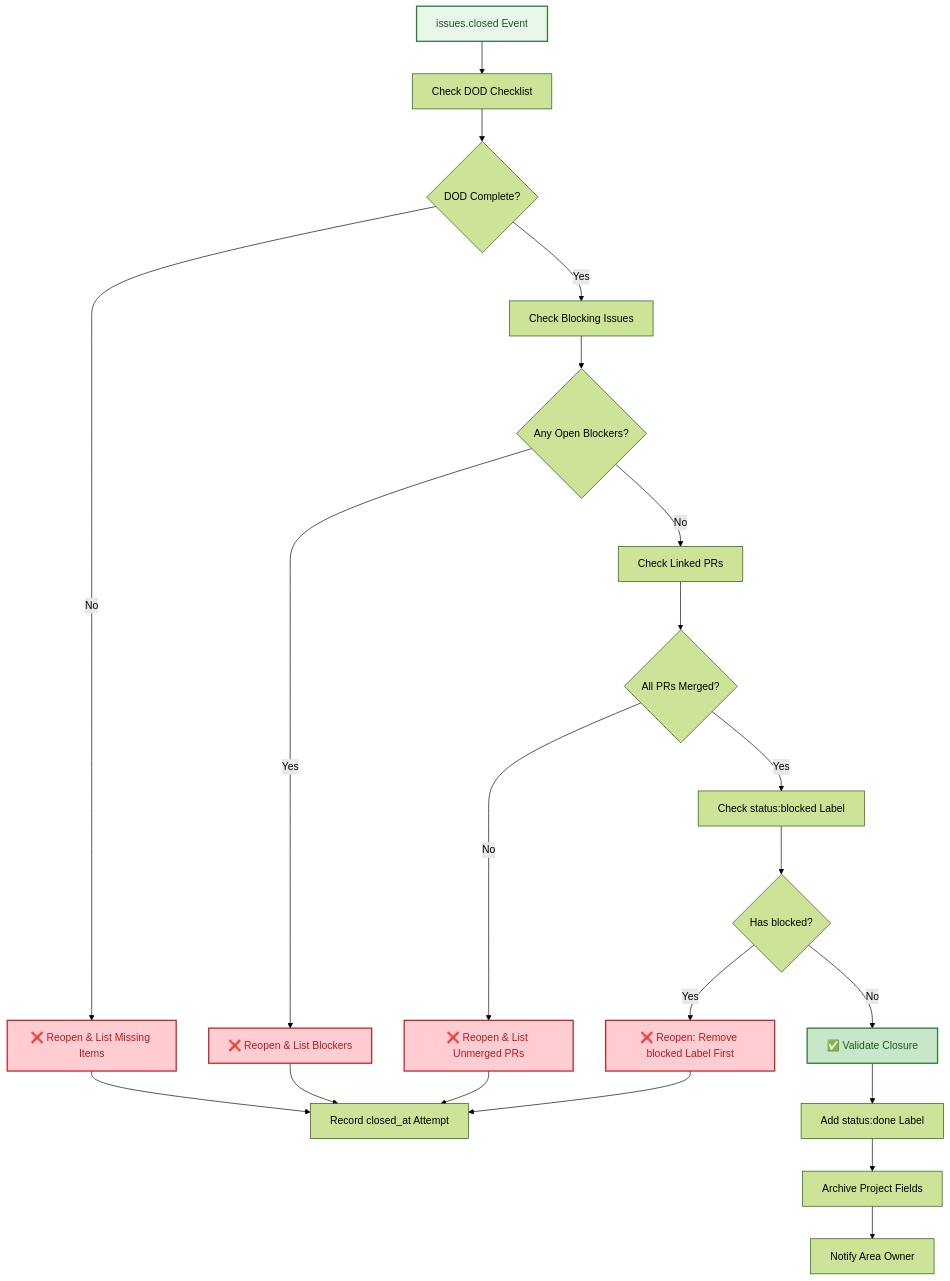
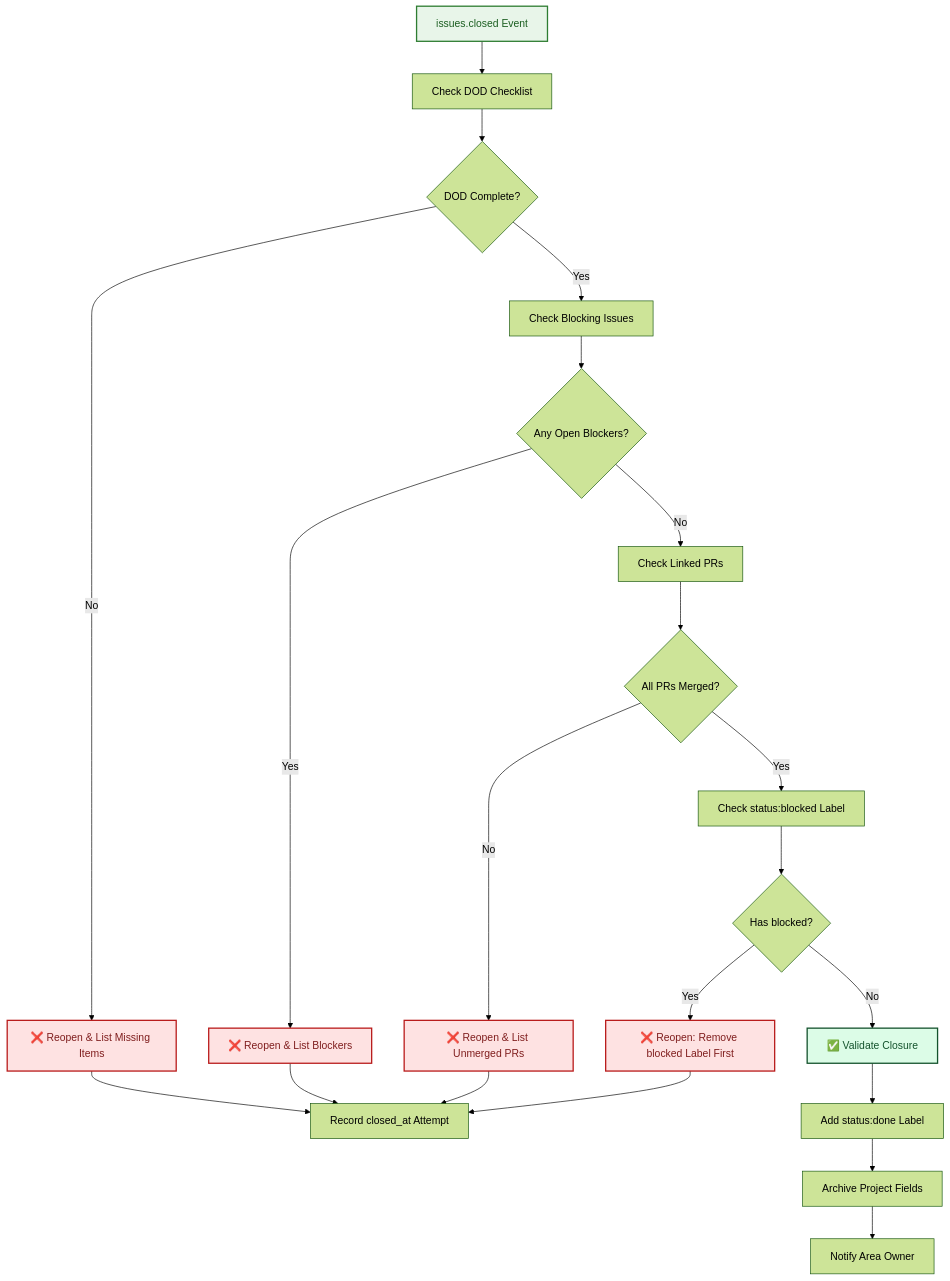
The third of 3 diagrams in .github/projects/active/automation-consolidation-agentic-workflows-2026-09/ISSUE_MANAGEMENT_AGENT_SPEC.md (lightspeedwp/.github), drawn with Mermaid (forest theme) before and after one commit. The commit also changed other lines of this file and 181 other files, not shown here.

Commit message:
docs: maintenance updates (Mermaid + staleness)

````diff
--- a/.github/projects/active/automation-consolidation-agentic-workflows-2026-09/ISSUE_MANAGEMENT_AGENT_SPEC.md
+++ b/.github/projects/active/automation-consolidation-agentic-workflows-2026-09/ISSUE_MANAGEMENT_AGENT_SPEC.md
@@ -184,38 +184,38 @@
 ```mermaid
 graph TD
     accTitle: Issue closed validation decision tree
     accDescr: Flowchart for validating a closure and reopening the issue when DOD, blocking issue, linked PR, or status label checks fail
     A["issues.closed Event"] --> B["Check DOD Checklist"]
     B --> C{DOD Complete?}
     
     C -->|No| D["❌ Reopen & List Missing Items"]
     C -->|Yes| E["Check Blocking Issues"]
     
     E --> F{Any Open Blockers?}
     F -->|Yes| G["❌ Reopen & List Blockers"]
     F -->|No| H["Check Linked PRs"]
     
     H --> I{All PRs Merged?}
     I -->|No| J["❌ Reopen & List Unmerged PRs"]
     I -->|Yes| K["Check status:blocked Label"]
     
     K --> L{Has blocked?}
     L -->|Yes| M["❌ Reopen: Remove blocked Label First"]
     L -->|No| N["✅ Validate Closure"]
     
     N --> O["Add status:done Label"]
     O --> P["Archive Project Fields"]
     P --> Q["Notify Area Owner"]
 
     D --> R["Record closed_at Attempt"]
     G --> R
     J --> R
     M --> R
     
     style A fill:#E8F5E9,stroke:#2E7D32,stroke-width:2px,color:#1B5E20
-    style N fill:#C8E6C9,stroke:#2E7D32,stroke-width:2px,color:#1B5E20
-    style D fill:#FFCDD2,stroke:#C62828,stroke-width:2px,color:#B71C1C
-    style G fill:#FFCDD2,stroke:#C62828,stroke-width:2px,color:#B71C1C
-    style J fill:#FFCDD2,stroke:#C62828,stroke-width:2px,color:#B71C1C
-    style M fill:#FFCDD2,stroke:#C62828,stroke-width:2px,color:#B71C1C
+    style N fill:#dcfce7,stroke:#14532d,stroke-width:2px,color:#14532d
+    style D fill:#fee2e2,stroke:#b91c1c,stroke-width:2px,color:#7f1d1d
+    style G fill:#fee2e2,stroke:#b91c1c,stroke-width:2px,color:#7f1d1d
+    style J fill:#fee2e2,stroke:#b91c1c,stroke-width:2px,color:#7f1d1d
+    style M fill:#fee2e2,stroke:#b91c1c,stroke-width:2px,color:#7f1d1d
 ```
````
